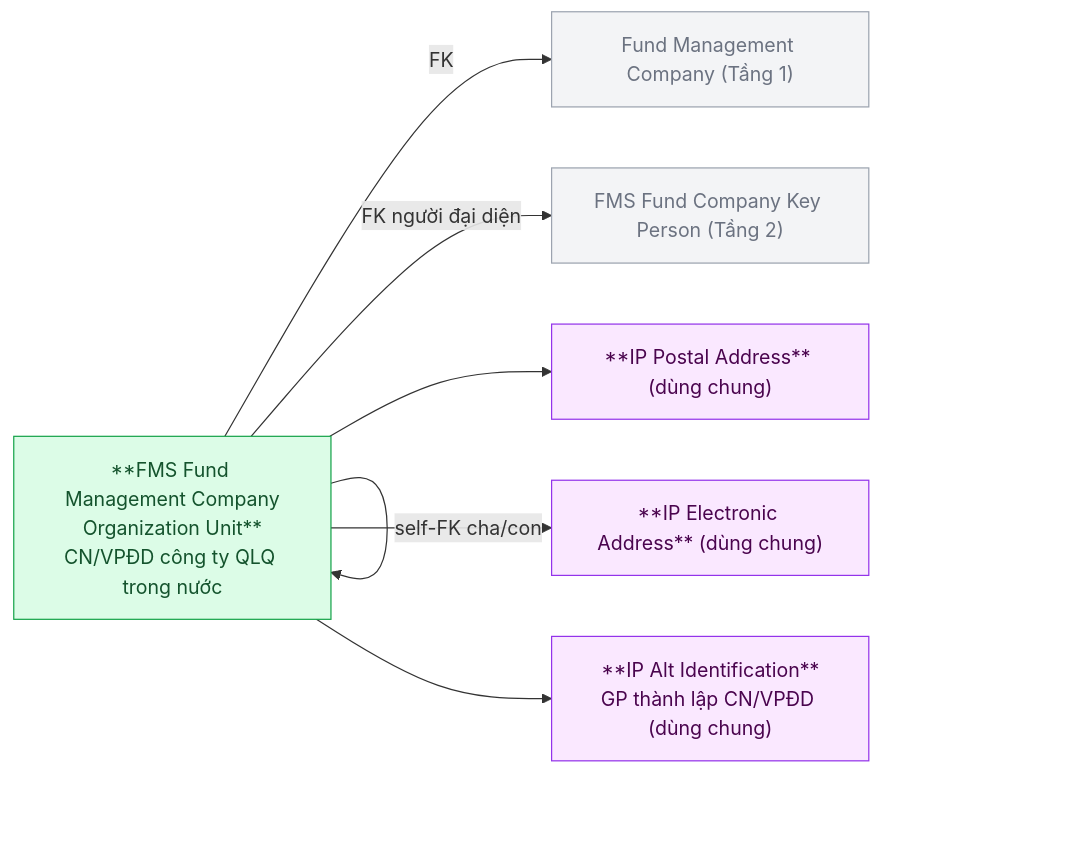
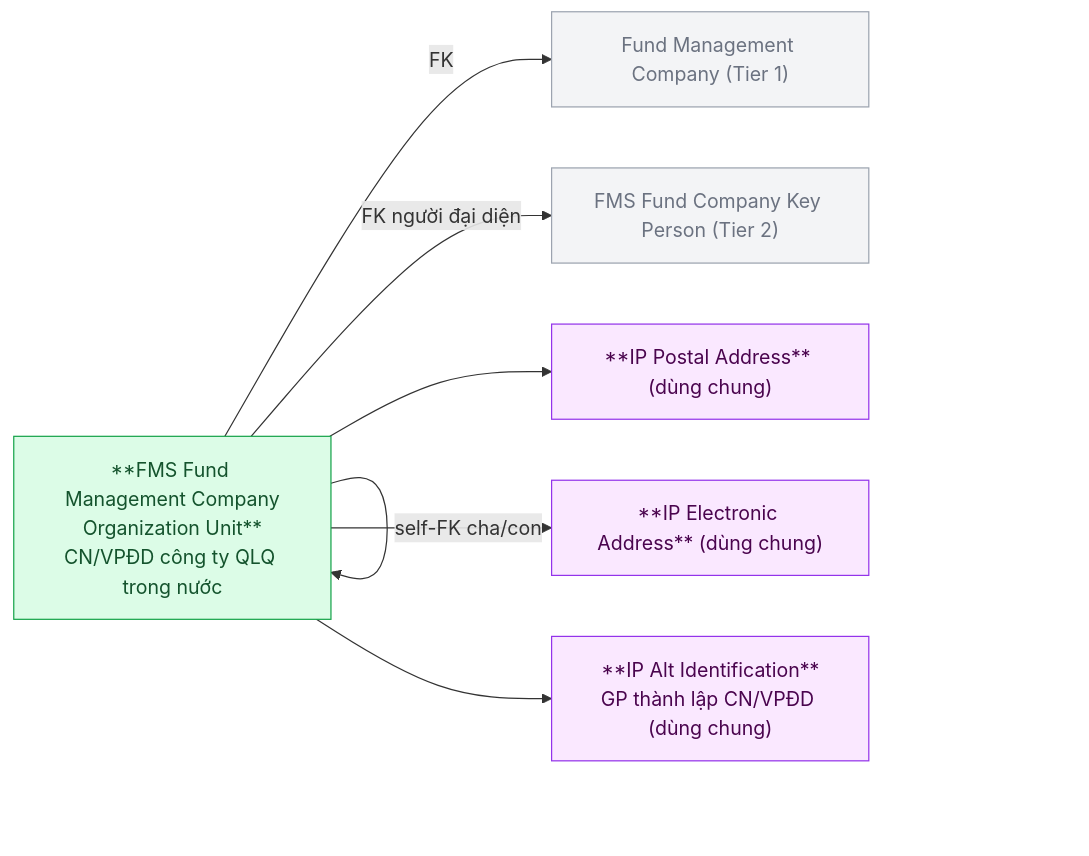
One commit to linhlvit/ubck_atomic_design changed the fourth of 16 diagrams in Silver/hld/FMS_HLD_Tier2.md. Above: the diagram before and after it, drawn with Mermaid. The commit also changed other lines of this file and 111 other files, not shown here.

````diff
--- a/Silver/hld/FMS_HLD_Tier2.md
+++ b/Silver/hld/FMS_HLD_Tier2.md
@@ -90,20 +84,20 @@
 ```mermaid
 graph LR
     classDef silver fill:#dcfce7,stroke:#16a34a,color:#14532d
     classDef shared fill:#fae8ff,stroke:#9333ea,color:#4a044e
     classDef refnode fill:#f3f4f6,stroke:#9ca3af,color:#6b7280
 
-    FMC["Fund Management Company (Tầng 1)"]:::refnode
-    KP["FMS Fund Company Key Person (Tầng 2)"]:::refnode
+    FMC["Fund Management Company (Tier 1)"]:::refnode
+    KP["FMS Fund Company Key Person (Tier 2)"]:::refnode
     OU["**FMS Fund Management Company\nOrganization Unit**\nCN/VPĐD công ty QLQ trong nước"]:::silver
     ADDR["**IP Postal Address** (dùng chung)"]:::shared
     EADDR["**IP Electronic Address** (dùng chung)"]:::shared
     ALTID["**IP Alt Identification**\nGP thành lập CN/VPĐD (dùng chung)"]:::shared
 
     OU -->|FK| FMC
     OU -->|FK người đại diện| KP
     OU -->|self-FK cha/con| OU
     OU --> ADDR
     OU --> EADDR
     OU --> ALTID
 ```
````
